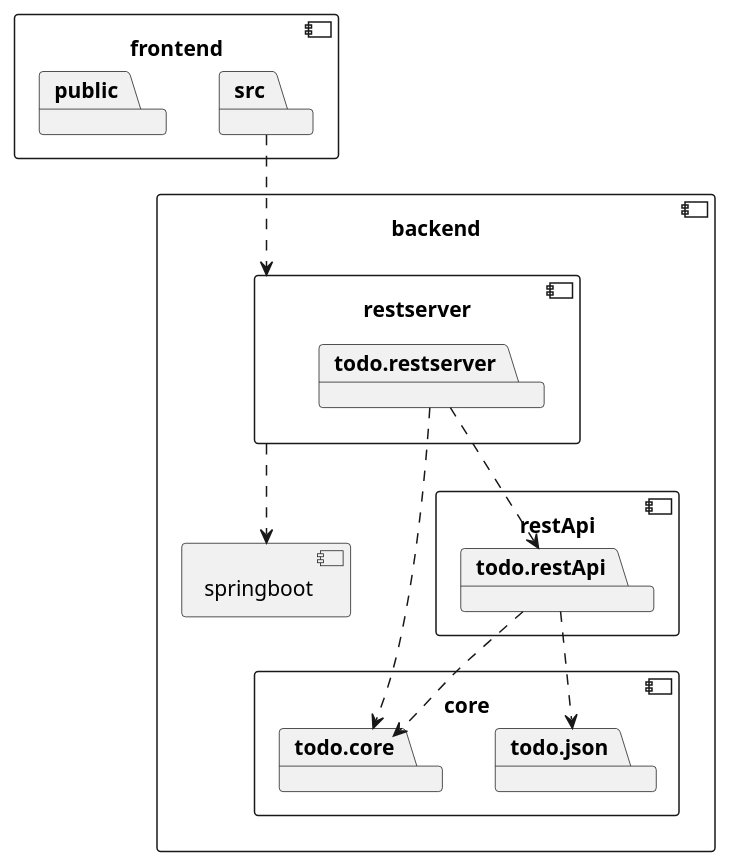
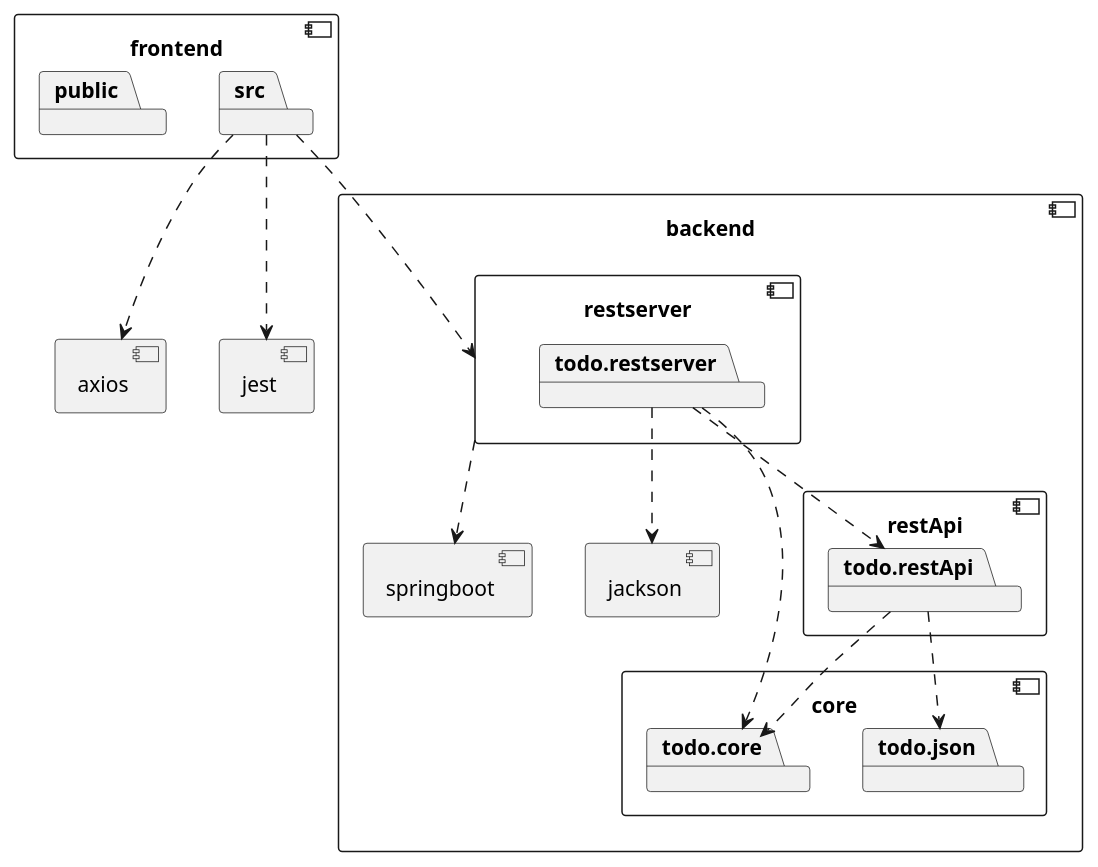
Before and after one commit to olejbl/-IT1901: the diagram in diagram.puml, drawn with PlantUML.

Commit message:
update package diagram #20

```diff
--- a/diagram.puml
+++ b/diagram.puml
@@ -1,38 +1,52 @@
 @startuml
 
 component backend{
     component restserver {
         package todo.restserver
     }
     component core{
         package todo.core
         package todo.json
     }
     component restApi{
         package todo.restApi
 
     }
     todo.restApi ..> todo.core
     todo.restApi ..> todo.json
 
 
     component springboot {
     }
 
     todo.restserver ..> todo.restApi
     todo.restserver ..> todo.core
 
     restserver ..> springboot
+
+    component jackson {
+    }
+    todo.restserver ..> jackson
 }
 
 component frontend {
     package src
     package public
 
 }
 
 src ..> restserver
 
+component axios {
+}
+
+src ..> axios
+
+component jest {
+}
+src ..> jest
+
+
 
 
 @enduml
```
